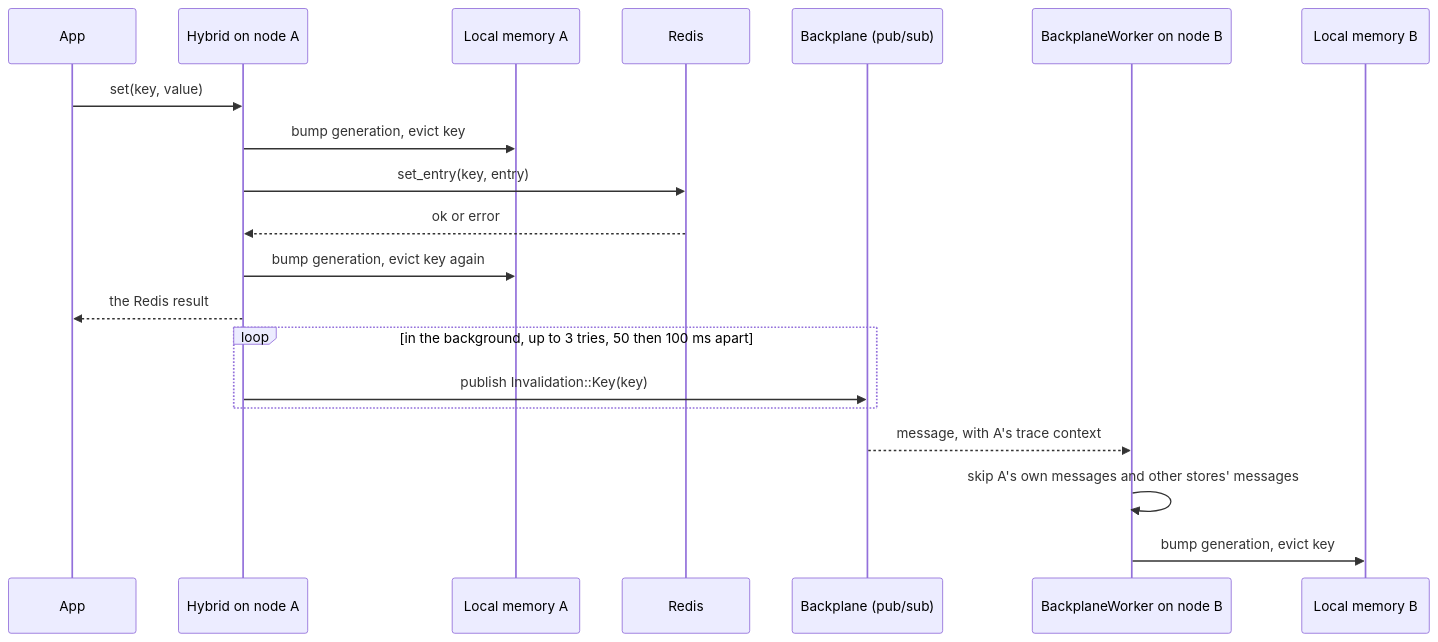
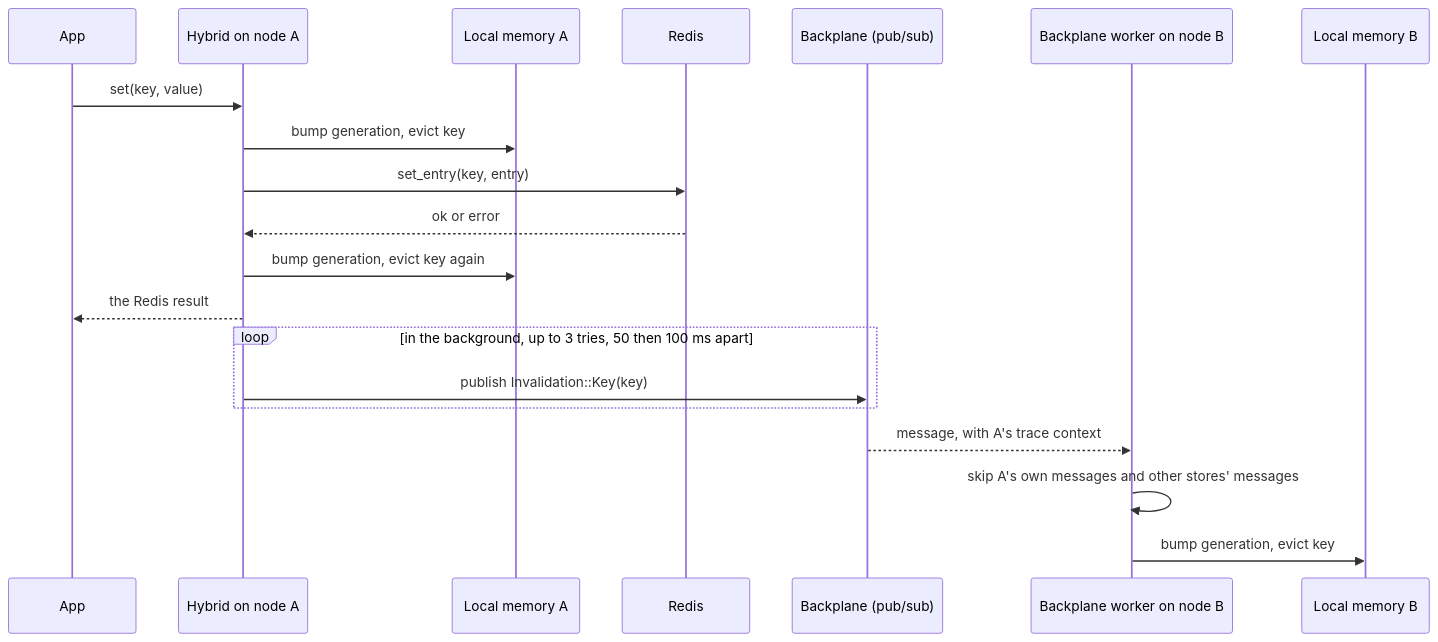
One commit to sisaio/sisa-caching-rs changed the fifth of 8 diagrams in docs/02-flows.md. Above: the diagram before and after it, drawn with Mermaid. The commit also changed other lines of this file and 4 other files, not shown here.

````diff
--- a/docs/02-flows.md
+++ b/docs/02-flows.md
@@ -143,23 +143,23 @@
 ```mermaid
 sequenceDiagram
     participant App
     participant A as Hybrid on node A
     participant LA as Local memory A
     participant Redis
     participant Bus as Backplane (pub/sub)
-    participant W as BackplaneWorker on node B
+    participant W as Backplane worker on node B
     participant LB as Local memory B
 
     App->>A: set(key, value)
     A->>LA: bump generation, evict key
     A->>Redis: set_entry(key, entry)
     Redis-->>A: ok or error
     A->>LA: bump generation, evict key again
     A-->>App: the Redis result
     loop in the background, up to 3 tries, 50 then 100 ms apart
         A->>Bus: publish Invalidation::Key(key)
     end
     Bus-->>W: message, with A's trace context
     W->>W: skip A's own messages and other stores' messages
     W->>LB: bump generation, evict key
 ```
````
